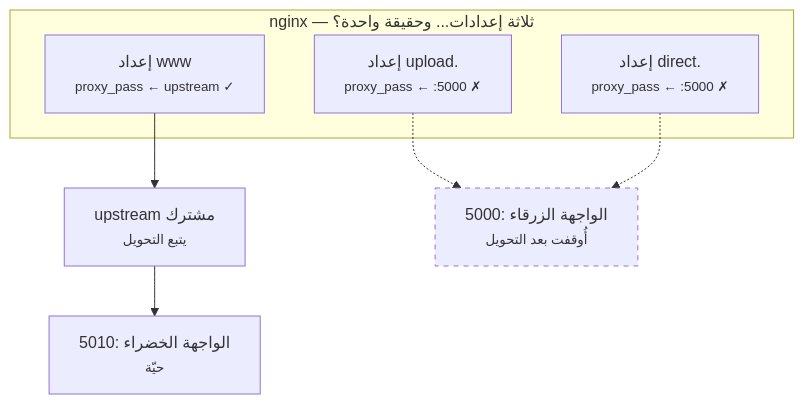
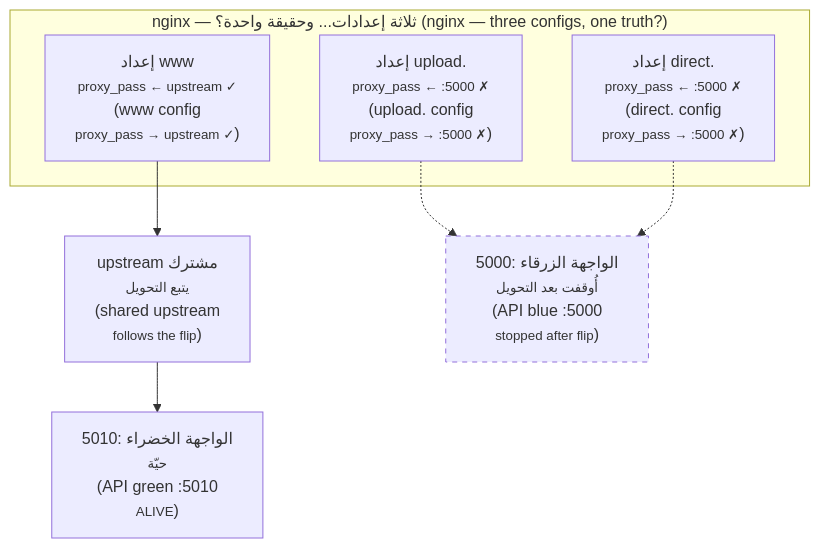
One commit to Tamoura/system-design-for-vibe-coders changed the first of 2 diagrams in modules/01-anatomy-of-a-real-app/lesson-1-draw-the-boxes.ar.md. Above: the diagram before and after it, drawn with Mermaid. The commit also changed other lines of this file and 62 other files, not shown here.

First line of the commit message:
Arabic editions: English on every diagram label, RTL fixes, rebuild

````diff
--- a/modules/01-anatomy-of-a-real-app/lesson-1-draw-the-boxes.ar.md
+++ b/modules/01-anatomy-of-a-real-app/lesson-1-draw-the-boxes.ar.md
@@ -25,13 +25,13 @@
 ```mermaid
 graph TD
-    subgraph edge["nginx — ثلاثة إعدادات... وحقيقة واحدة؟"]
-        MAIN["إعداد www<br/><small>proxy_pass ← upstream ✓</small>"]
-        UP["إعداد upload.<br/><small>proxy_pass ← :5000 ✗</small>"]
-        DIR["إعداد direct.<br/><small>proxy_pass ← :5000 ✗</small>"]
+    subgraph edge["nginx — ثلاثة إعدادات... وحقيقة واحدة؟ (nginx — three configs, one truth?)"]
+        MAIN["إعداد www<br/><small>proxy_pass ← upstream ✓</small><br/>(www config<br/><small>proxy_pass → upstream ✓</small>)"]
+        UP["إعداد upload.<br/><small>proxy_pass ← :5000 ✗</small><br/>(upload. config<br/><small>proxy_pass → :5000 ✗</small>)"]
+        DIR["إعداد direct.<br/><small>proxy_pass ← :5000 ✗</small><br/>(direct. config<br/><small>proxy_pass → :5000 ✗</small>)"]
     end
-    MAIN --> U["upstream مشترك<br/><small>يتبع التحويل</small>"]
-    U --> GREEN["الواجهة الخضراء :5010<br/><small>حيّة</small>"]
-    UP -.-> DEAD["الواجهة الزرقاء :5000<br/><small>أُوقفت بعد التحويل</small>"]
+    MAIN --> U["upstream مشترك<br/><small>يتبع التحويل</small><br/>(shared upstream<br/><small>follows the flip</small>)"]
+    U --> GREEN["الواجهة الخضراء :5010<br/><small>حيّة</small><br/>(API green :5010<br/><small>ALIVE</small>)"]
+    UP -.-> DEAD["الواجهة الزرقاء :5000<br/><small>أُوقفت بعد التحويل</small><br/>(API blue :5000<br/><small>stopped after flip</small>)"]
     DIR -.-> DEAD
     style DEAD stroke-dasharray: 5 5
 ```
````
